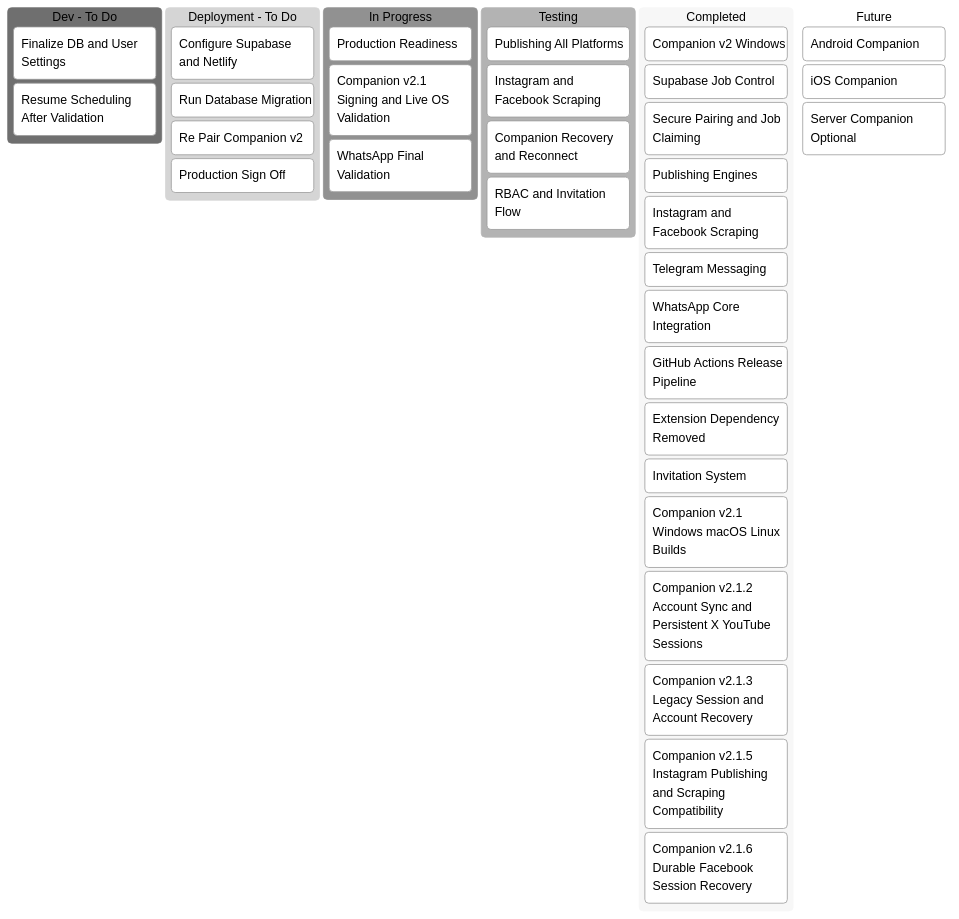
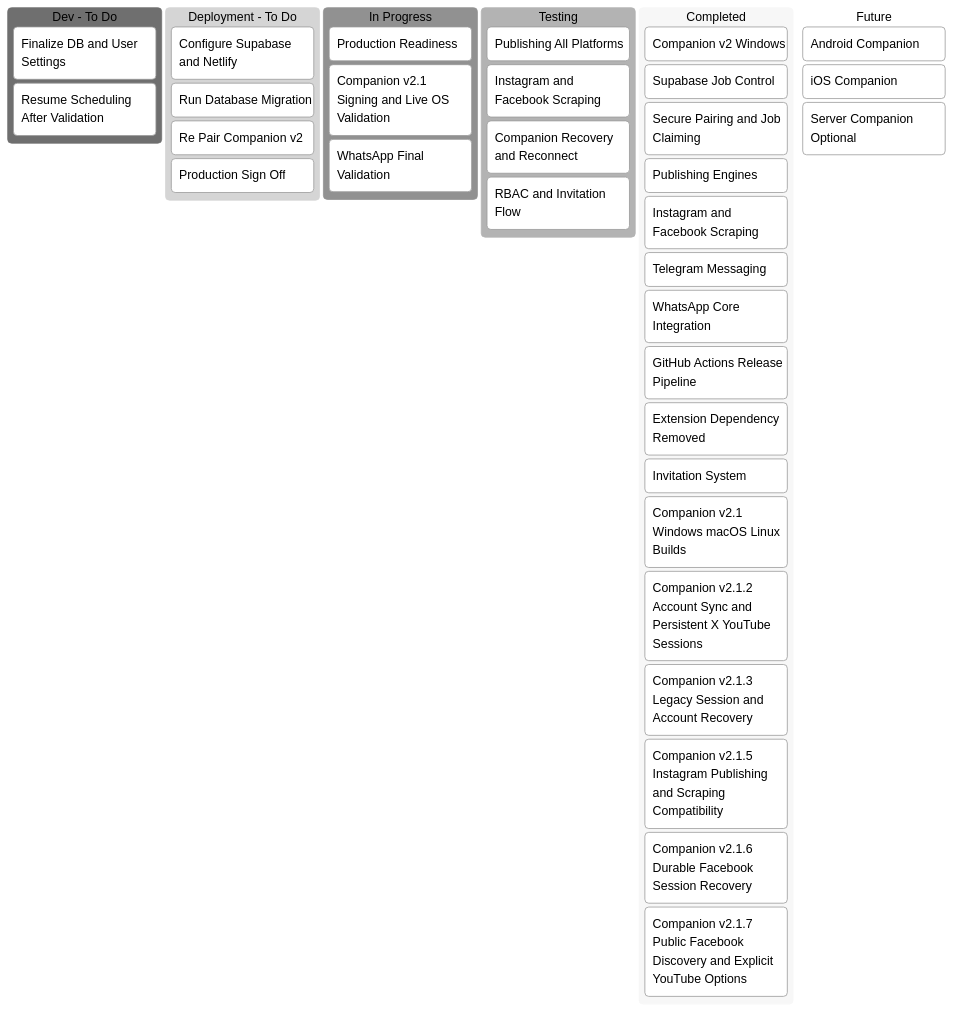
Before and after one commit to tinitiateprime/agentic-that: the first of 2 diagrams in agentic-that-project-tracker.md, drawn with Mermaid (neutral theme). The commit also changed 28 other files, not shown here.

Commit message:
release: improve facebook discovery and youtube options

````diff
--- a/agentic-that-project-tracker.md
+++ b/agentic-that-project-tracker.md
@@ -5,45 +5,46 @@
 ```mermaid
 kanban
   devTodo[Dev - To Do]
     dev1[Finalize DB and User Settings]
     dev2[Resume Scheduling After Validation]
 
   deploymentTodo[Deployment - To Do]
     dep1[Configure Supabase and Netlify]
     dep2[Run Database Migration]
     dep3[Re Pair Companion v2]
     dep4[Production Sign Off]
 
   inProgress[In Progress]
     prog1[Production Readiness]
     prog2[Companion v2.1 Signing and Live OS Validation]
     prog3[WhatsApp Final Validation]
 
   testing[Testing]
     test1[Publishing All Platforms]
     test2[Instagram and Facebook Scraping]
     test3[Companion Recovery and Reconnect]
     test4[RBAC and Invitation Flow]
 
   completed[Completed]
     done1[Companion v2 Windows]
     done2[Supabase Job Control]
     done3[Secure Pairing and Job Claiming]
     done4[Publishing Engines]
     done5[Instagram and Facebook Scraping]
     done6[Telegram Messaging]
     done7[WhatsApp Core Integration]
     done8[GitHub Actions Release Pipeline]
     done9[Extension Dependency Removed]
     done10[Invitation System]
     done11[Companion v2.1 Windows macOS Linux Builds]
     done12[Companion v2.1.2 Account Sync and Persistent X YouTube Sessions]
     done13[Companion v2.1.3 Legacy Session and Account Recovery]
     done14[Companion v2.1.5 Instagram Publishing and Scraping Compatibility]
     done15[Companion v2.1.6 Durable Facebook Session Recovery]
+    done16[Companion v2.1.7 Public Facebook Discovery and Explicit YouTube Options]
 
   future[Future]
     future1[Android Companion]
     future2[iOS Companion]
     future3[Server Companion Optional]
 ```
````
